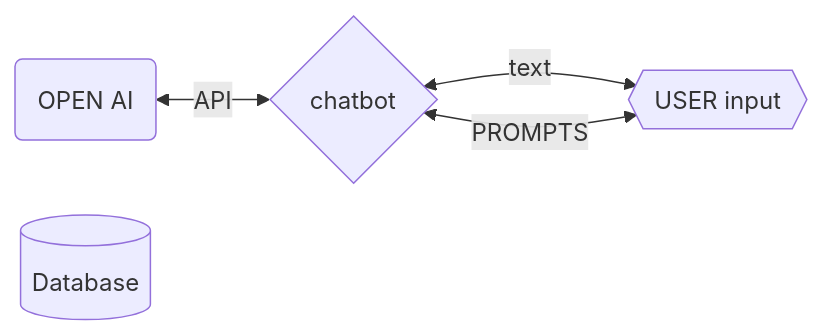
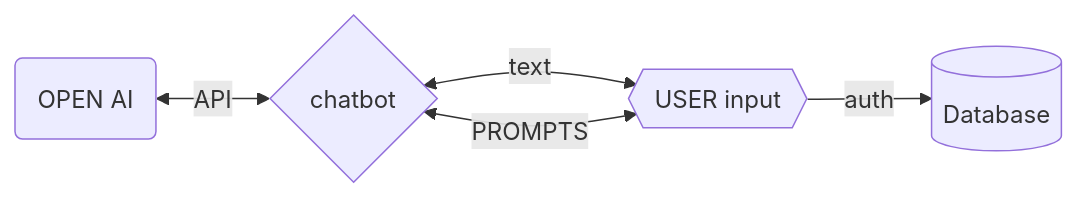
The diagram in README.md (kivtechs-uml/chatbot_uml), drawn with Mermaid before and after one commit.

````diff
--- a/README.md
+++ b/README.md
@@ -5,9 +5,9 @@
 ```mermaid
 flowchart LR
      A(OPEN AI) <-- API --> B{chatbot} <-- text --> C{{USER input }}
      B <-- PROMPTS --> C
-      D[(Database)]
+     C --auth--> D[(Database)]
     
 
 
 ```
````
